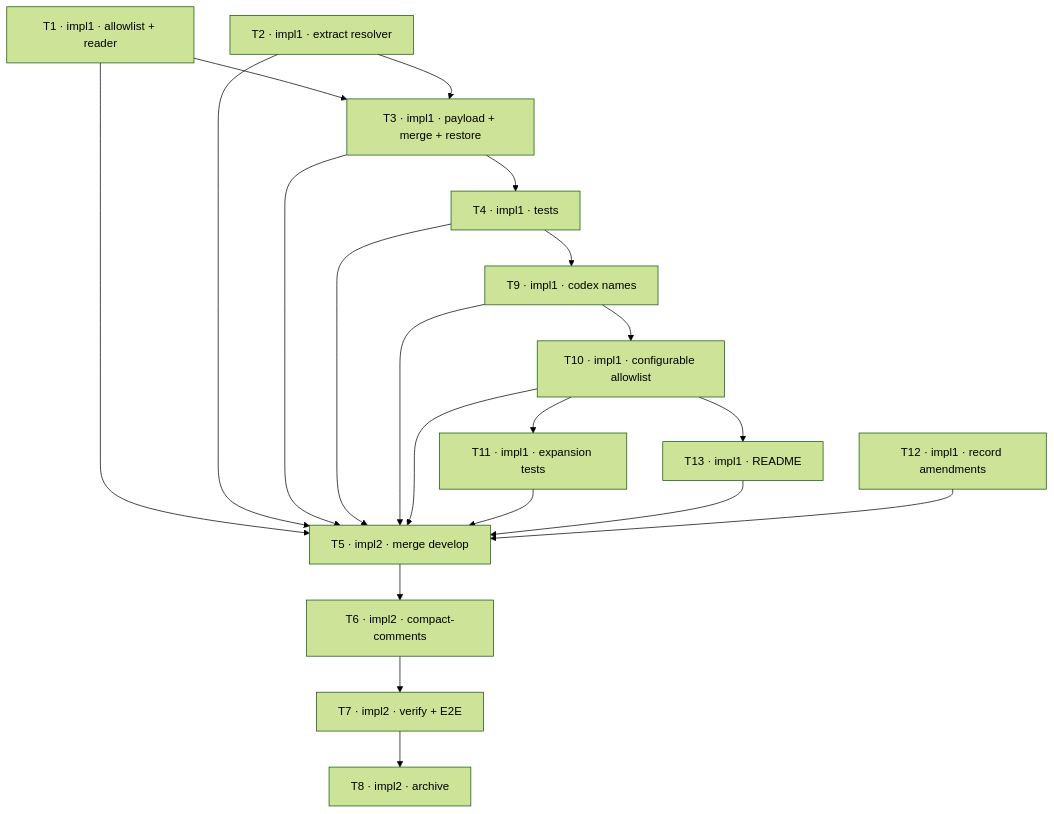
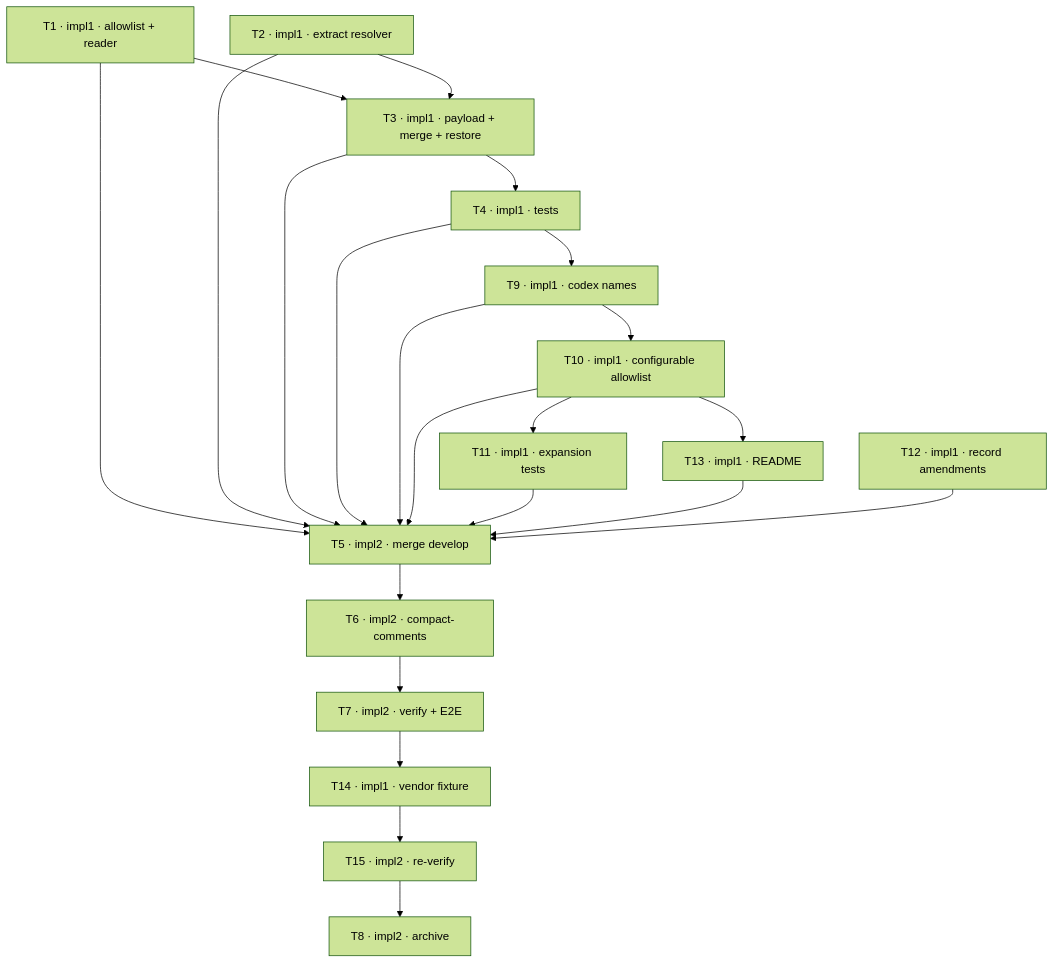
One commit to treekmk/zellaude changed the diagram in CLAUDE_TODO-capture-claude-launch-env.md. Above: the diagram before and after it, drawn with Mermaid (forest theme). The commit also changed other lines of this file and 1 other file, not shown here.

Commit message:
[revise] Correct the effort-source claim and the cargo-test capability; add vendor-shape coverage

````diff
--- a/CLAUDE_TODO-capture-claude-launch-env.md
+++ b/CLAUDE_TODO-capture-claude-launch-env.md
@@ -34,22 +40,24 @@
 ```mermaid
 graph TD
   T1[T1 · impl1 · allowlist + reader] --> T3[T3 · impl1 · payload + merge + restore]
   T2[T2 · impl1 · extract resolver] --> T3
   T3 --> T4[T4 · impl1 · tests]
   T4 --> T9[T9 · impl1 · codex names]
   T9 --> T10[T10 · impl1 · configurable allowlist]
   T10 --> T11[T11 · impl1 · expansion tests]
   T1 --> T5[T5 · impl2 · merge develop]
   T2 --> T5
   T3 --> T5
   T4 --> T5
   T9 --> T5
   T10 --> T5
   T10 --> T13[T13 · impl1 · README]
   T11 --> T5
   T13 --> T5
   T12[T12 · impl1 · record amendments] --> T5
   T5 --> T6[T6 · impl2 · compact-comments]
   T6 --> T7[T7 · impl2 · verify + E2E]
-  T7 --> T8[T8 · impl2 · archive]
+  T7 --> T14[T14 · impl1 · vendor fixture]
+  T14 --> T15[T15 · impl2 · re-verify]
+  T15 --> T8[T8 · impl2 · archive]
 ```
````
